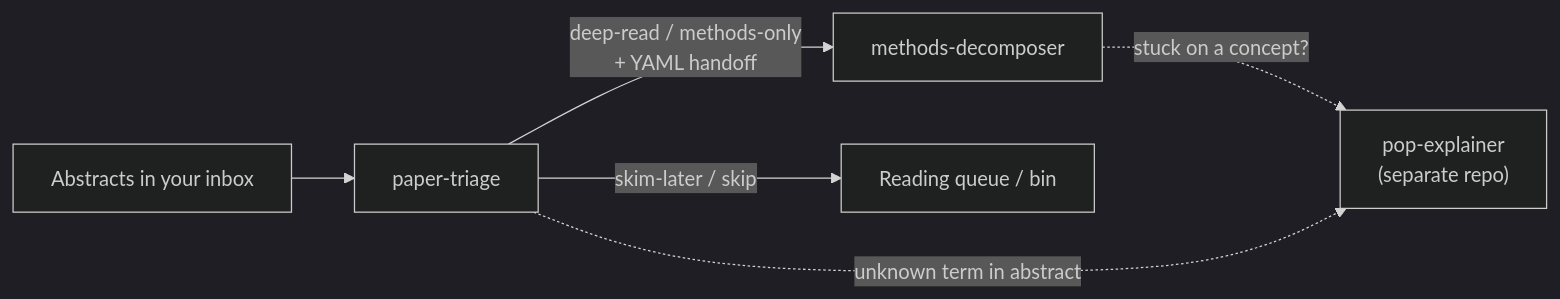
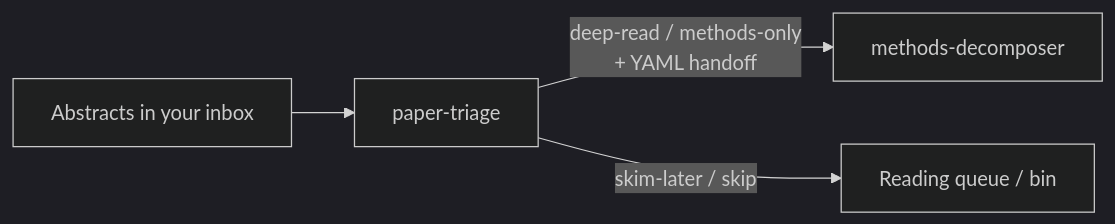
One commit to liuxiaoyuu/scholar-screen-skills changed the diagram in README.md. Above: the diagram before and after it, drawn with Mermaid (dark theme). The commit also changed other lines of this file and 1 other file, not shown here.

````diff
--- a/README.md
+++ b/README.md
@@ -10,8 +10,6 @@
 ```mermaid
 flowchart LR
     A[Abstracts in your inbox] --> T[paper-triage]
     T -- "deep-read / methods-only<br/>+ YAML handoff" --> D[methods-decomposer]
     T -- "skim-later / skip" --> Q[Reading queue / bin]
-    D -. "stuck on a concept?" .-> E["pop-explainer<br/>(separate repo)"]
-    T -. "unknown term in abstract" .-> E
 ```
````
